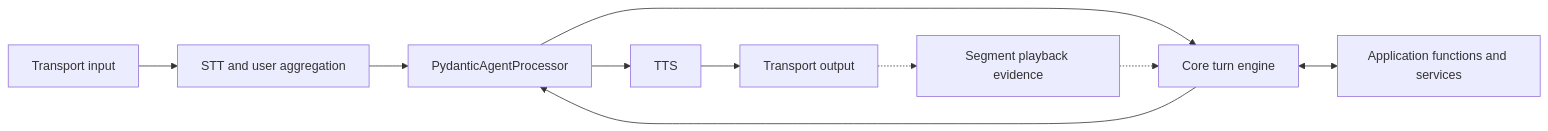
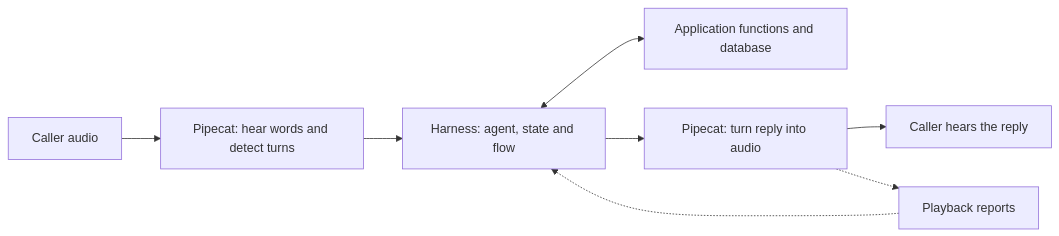
The diagram in docs/architecture/01-stack-and-boundaries.md (slng-ai/unmute-beat), drawn with Mermaid before and after one commit. The commit also changed other lines of this file and 6 other files, not shown here.

Commit message:
Explain architecture through a beginner conversation walkthrough

````diff
--- a/docs/architecture/01-stack-and-boundaries.md
+++ b/docs/architecture/01-stack-and-boundaries.md
@@ -17,12 +58,10 @@
 ```mermaid
 flowchart LR
-    In["Transport input"] --> STT["STT and user aggregation"]
-    STT --> Adapter["PydanticAgentProcessor"]
-    Adapter --> Core["Core turn engine"]
-    Core <--> App["Application functions and services"]
-    Core --> Adapter
-    Adapter --> TTS["TTS"]
-    TTS --> Out["Transport output"]
-    Out -.-> Evidence["Segment playback evidence"]
+    Caller["Caller audio"] --> Hear["Pipecat: hear words and detect turns"]
+    Hear --> Core["Harness: agent, state and flow"]
+    Core <--> Backend["Application functions and database"]
+    Core --> Speak["Pipecat: turn reply into audio"]
+    Speak --> Out["Caller hears the reply"]
+    Speak -.-> Evidence["Playback reports"]
     Evidence -.-> Core
 ```
````
